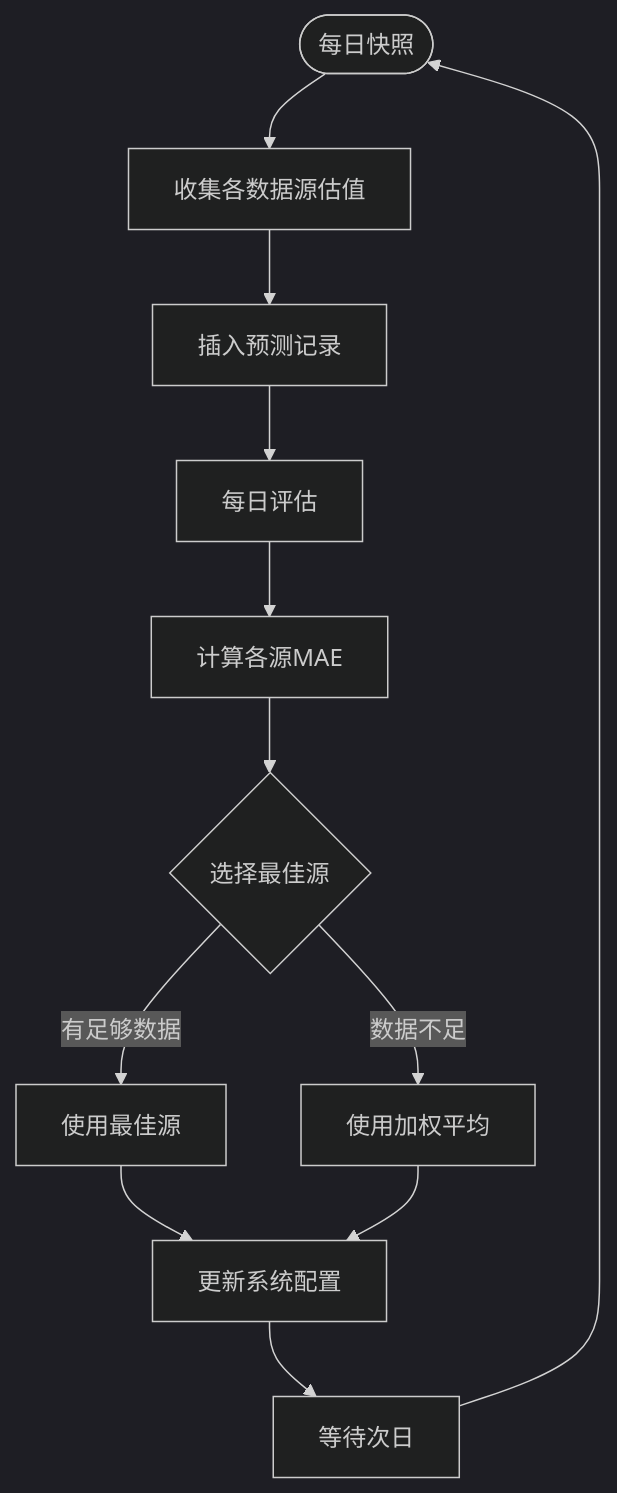
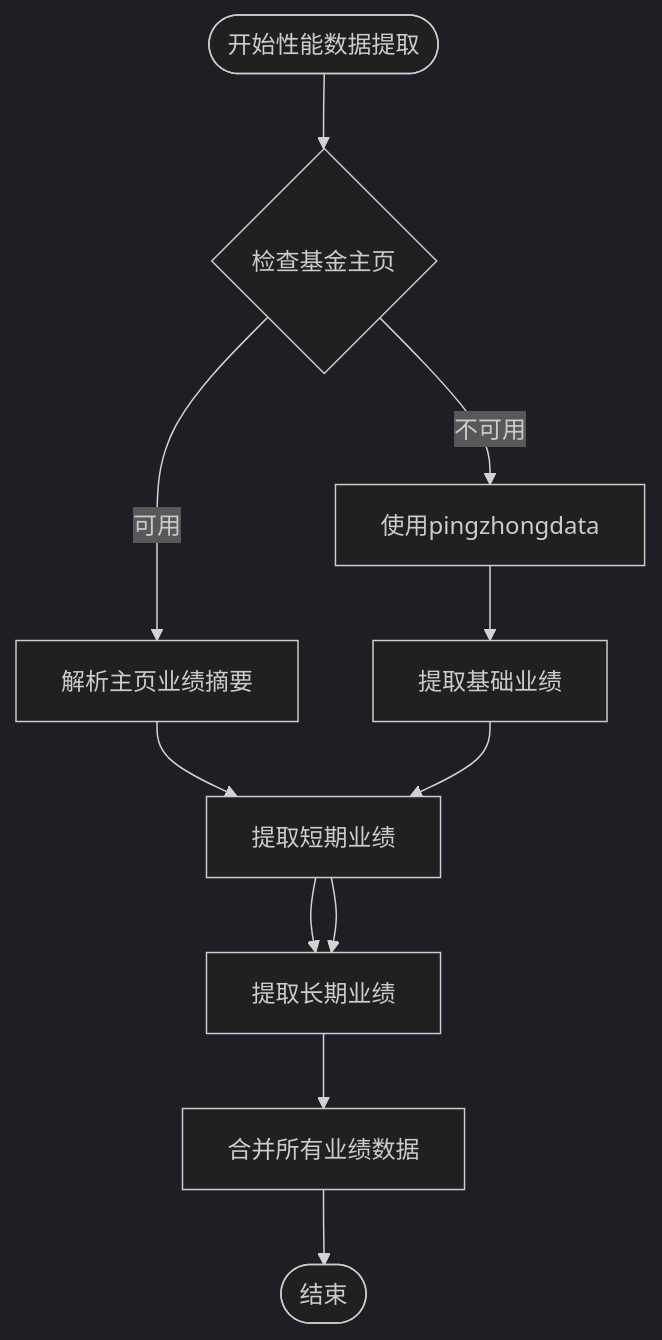
Before and after one commit to gree-coder/fund-butler: the seventh of 16 diagrams in .qoder/repowiki/zh/content/核心功能开发/多源基金估值系统.md, drawn with Mermaid (dark theme). The commit also changed other lines of this file and 28 other files, not shown here.

````diff
--- a/.qoder/repowiki/zh/content/核心功能开发/多源基金估值系统.md
+++ b/.qoder/repowiki/zh/content/核心功能开发/多源基金估值系统.md
@@ -327,14 +365,13 @@
 ```mermaid
 flowchart TD
-Snapshot([每日快照]) --> CollectData[收集各数据源估值]
-CollectData --> InsertRecords[插入预测记录]
-InsertRecords --> Evaluate[每日评估]
-Evaluate --> CalculateMAE[计算各源MAE]
-CalculateMAE --> SelectBest{选择最佳源}
-SelectBest --> |有足够数据| UseBest[使用最佳源]
-SelectBest --> |数据不足| UseWeighted[使用加权平均]
-UseBest --> UpdateSystem[更新系统配置]
-UseWeighted --> UpdateSystem
-UpdateSystem --> NextDay[等待次日]
-NextDay --> Snapshot
+Start([开始性能数据提取]) --> CheckMainPage{检查基金主页}
+CheckMainPage --> |可用| ParseMainPage[解析主页业绩摘要]
+CheckMainPage --> |不可用| UsePingzhong[使用pingzhongdata]
+ParseMainPage --> ExtractShortTerm[提取短期业绩]
+ExtractShortTerm --> ExtractLongTerm[提取长期业绩]
+UsePingzhong --> ExtractBasePerf[提取基础业绩]
+ExtractBasePerf --> ExtractShortTerm
+ExtractShortTerm --> ExtractLongTerm
+ExtractLongTerm --> CombineData[合并所有业绩数据]
+CombineData --> End([结束])
 ```
````
